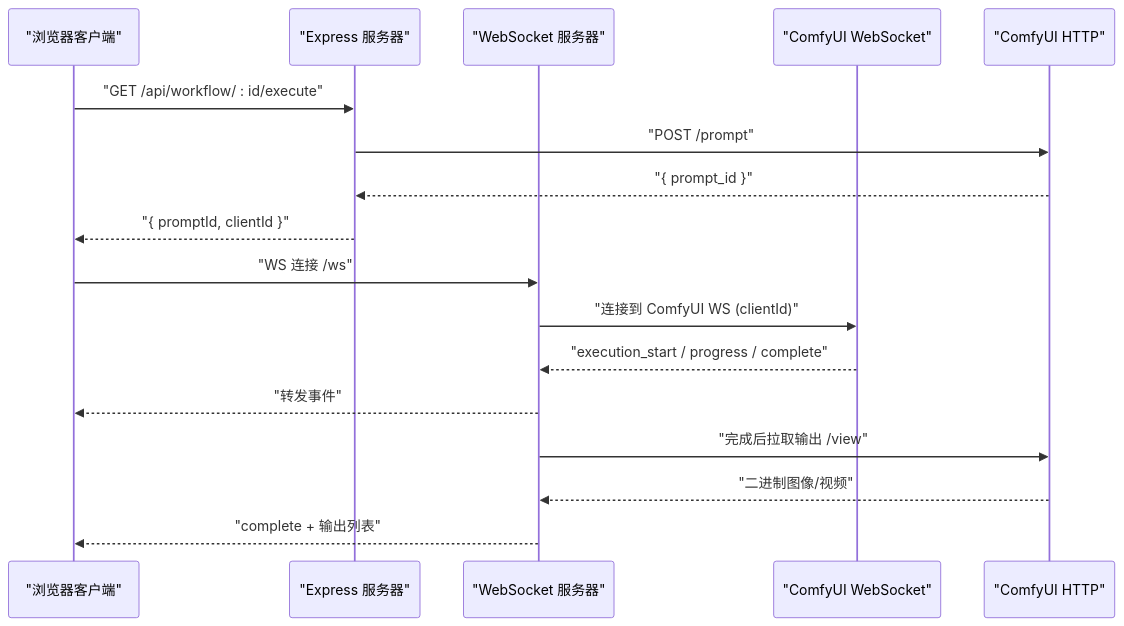
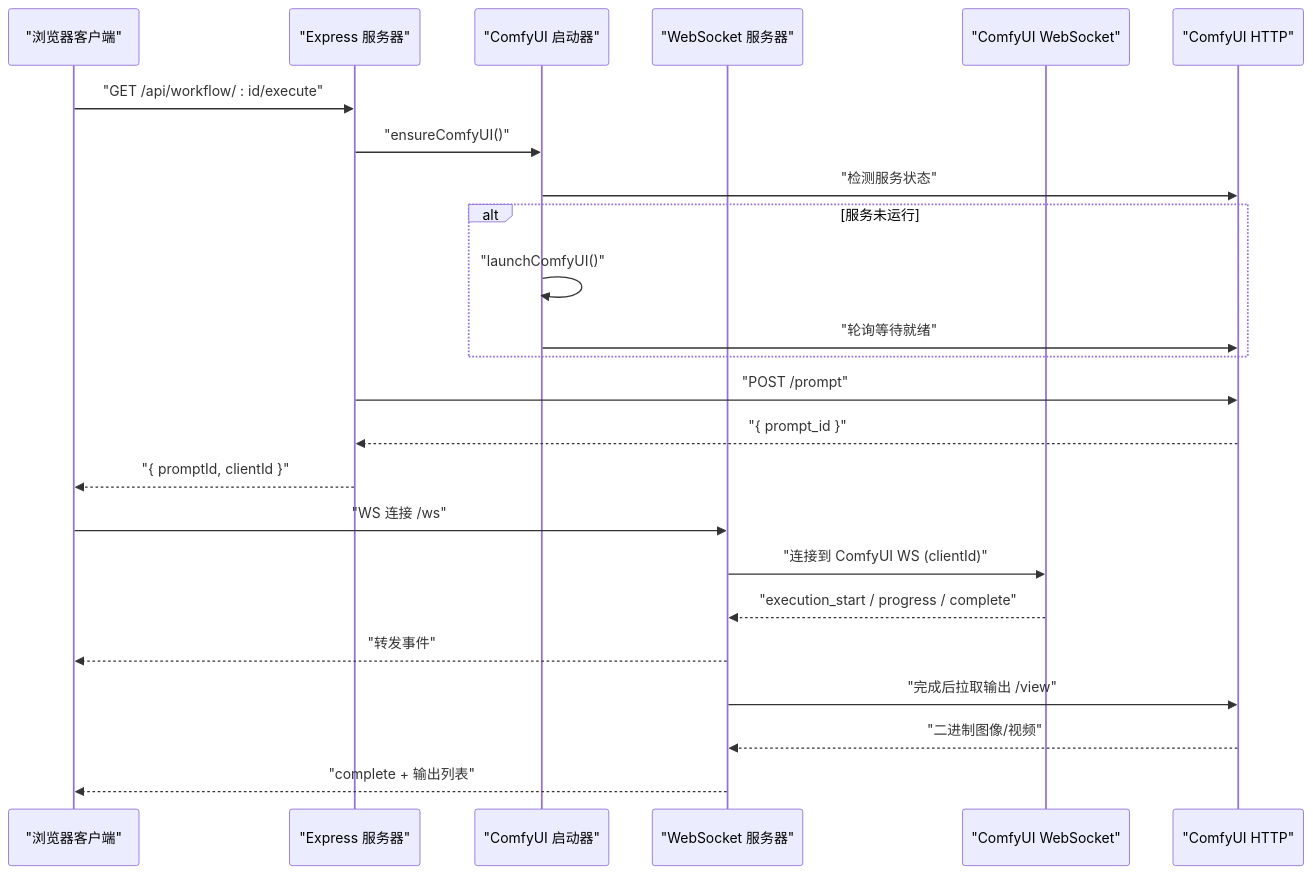
Before and after one commit to billye220670/CorineKit_Pix2Real: the second of 7 diagrams in .qoder/repowiki/zh/content/后端服务/后端服务.md, drawn with Mermaid. The commit also changed other lines of this file and 54 other files, not shown here.

First line of the commit message:
feat: 模型下拉菜单元数据管理（缩略图+重命名）及session mask恢复优化

````diff
--- a/.qoder/repowiki/zh/content/后端服务/后端服务.md
+++ b/.qoder/repowiki/zh/content/后端服务/后端服务.md
@@ -102,19 +110,26 @@
 ```mermaid
 sequenceDiagram
 participant Browser as "浏览器客户端"
 participant Server as "Express 服务器"
+participant Launcher as "ComfyUI 启动器"
 participant WS as "WebSocket 服务器"
 participant CWS as "ComfyUI WebSocket"
 participant HTTP as "ComfyUI HTTP"
 Browser->>Server : "GET /api/workflow/ : id/execute"
+Server->>Launcher : "ensureComfyUI()"
+Launcher->>HTTP : "检测服务状态"
+alt 服务未运行
+Launcher->>Launcher : "launchComfyUI()"
+Launcher->>HTTP : "轮询等待就绪"
+end
 Server->>HTTP : "POST /prompt"
 HTTP-->>Server : "{ prompt_id }"
 Server-->>Browser : "{ promptId, clientId }"
 Browser->>WS : "WS 连接 /ws"
 WS->>CWS : "连接到 ComfyUI WS (clientId)"
 CWS-->>WS : "execution_start / progress / complete"
 WS-->>Browser : "转发事件"
 WS->>HTTP : "完成后拉取输出 /view"
 HTTP-->>WS : "二进制图像/视频"
 WS-->>Browser : "complete + 输出列表"
 ```
````
